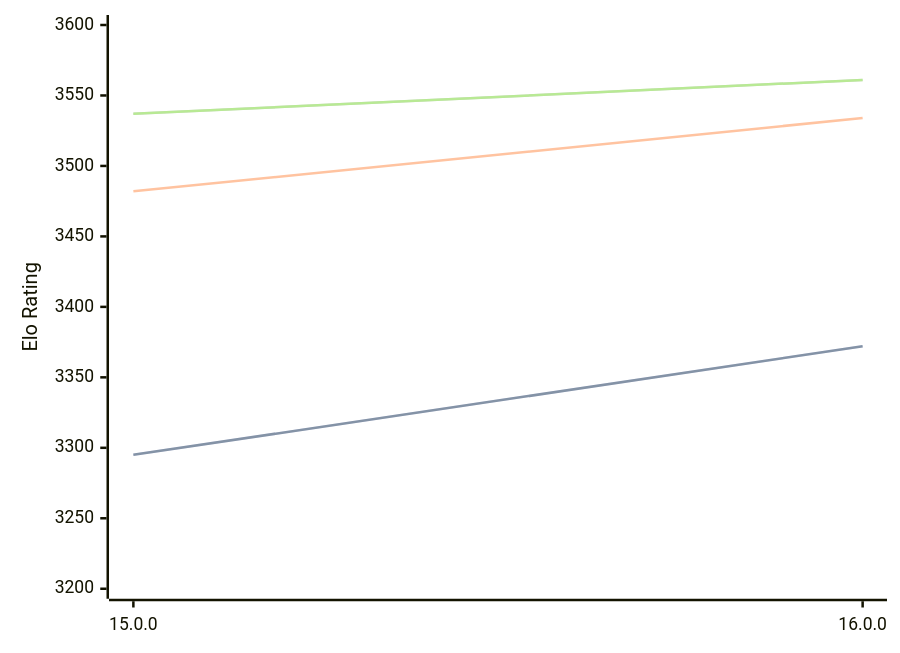
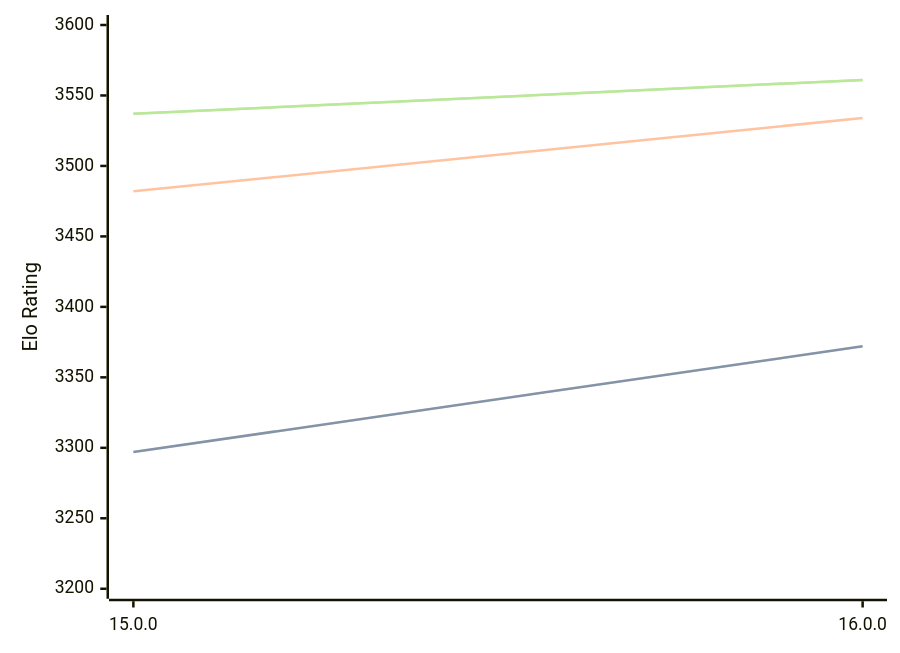
One commit to computer-chess-index/cci changed the diagram in engines/Halogen.md. Above: the diagram before and after it, drawn with Mermaid. The commit also changed other lines of this file, not shown here.

````diff
--- a/engines/Halogen.md
+++ b/engines/Halogen.md
@@ -32,11 +32,11 @@
 ```mermaid
 %%{init: {"theme":"base","themeVariables":{"seriesColors:['#a3a3a3','#222221','#faa371']}}}%%
 xychart-beta
   x-axis ["15.0.0", "16.0.0"]
   y-axis "Elo Rating" 3200 --> 3600
-  line "" [3295, 3372]
-  line "STC (8.0+0.08s)" [3295, 3372]
+  line "" [3297, 3372]
+  line "STC (8.0+0.08s)" [3297, 3372]
   line "LTC (60.0+0.60s)" [3482, 3534]
   line "" [3537, 3561]
   line "VLTC (2m24s+1.12s)" [3537, 3561]
 ```
````
